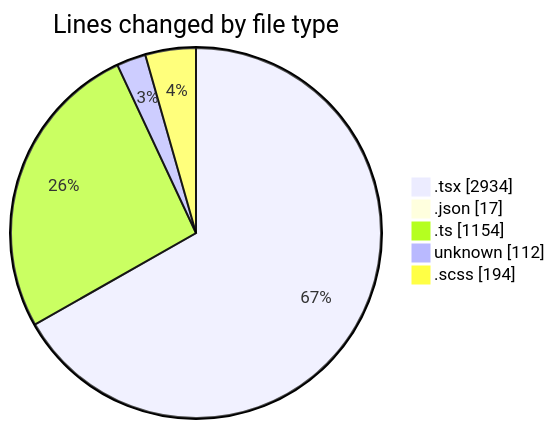
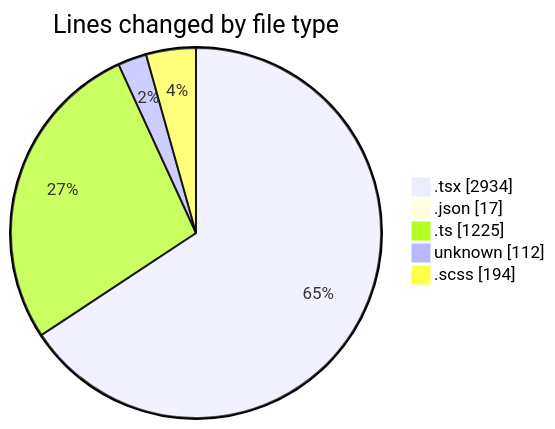
One commit to momahboobian/code-tracking changed the first of 2 diagrams in 2026-04-30/cda/README.md. Above: the diagram before and after it, drawn with Mermaid. The commit also changed other lines of this file and 1 other file, not shown here.

````diff
--- a/2026-04-30/cda/README.md
+++ b/2026-04-30/cda/README.md
@@ -57,9 +57,9 @@
 ```mermaid
 pie showData
 title Lines changed by file type
 ".tsx" : 2934
 ".json" : 17
-".ts" : 1154
+".ts" : 1225
 "unknown" : 112
 ".scss" : 194
 ```
````
